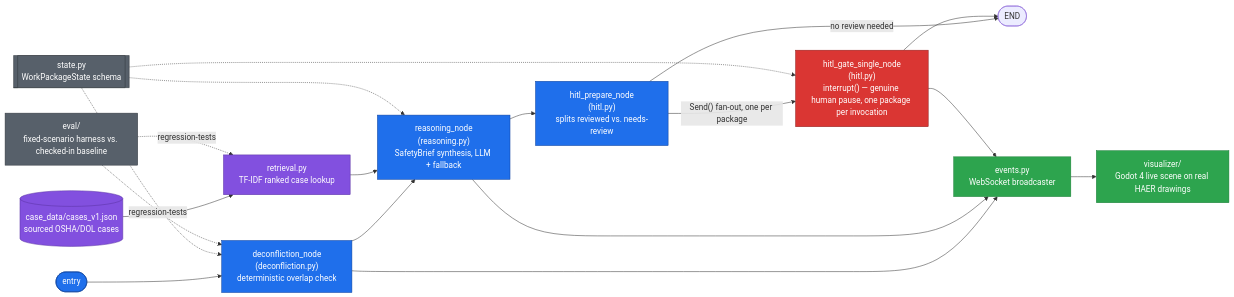
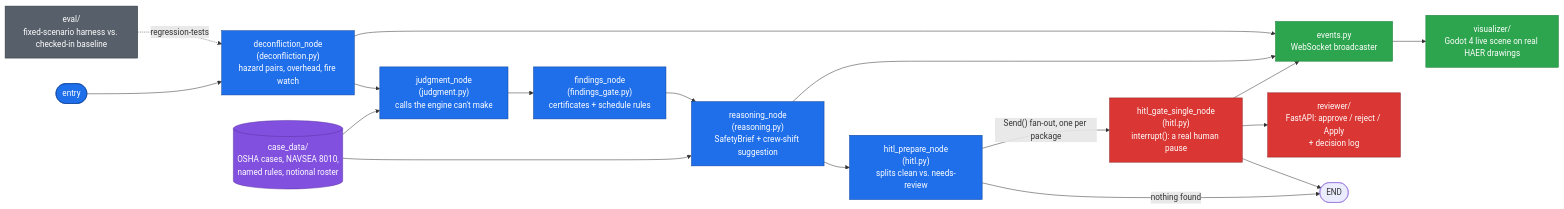
One commit to COSMOAGNOSTIC/Watchstander changed the diagram in README.md. Above: the diagram before and after it, drawn with Mermaid. The commit also changed other lines of this file and 6 other files, not shown here.

First line of the commit message:
Docs sync: README, ARCHITECTURE, MIGRATION, SECURITY, reviewer README match Sessions 1-9

````diff
--- a/README.md
+++ b/README.md
@@ -22,37 +38,36 @@
 ```mermaid
 flowchart LR
     classDef core fill:#1f6feb,stroke:#0d419d,color:#fff,stroke-width:1px
     classDef gate fill:#da3633,stroke:#8e1c1a,color:#fff,stroke-width:1px
     classDef data fill:#8250df,stroke:#5a32a3,color:#fff,stroke-width:1px
     classDef live fill:#2da44e,stroke:#1a7f37,color:#fff,stroke-width:1px
     classDef schema fill:#57606a,stroke:#32383f,color:#fff,stroke-width:1px
 
-    Entry(["entry"]) --> Deconf["deconfliction_node<br/>(deconfliction.py)<br/>deterministic overlap check"]
-    Deconf --> Reason["reasoning_node<br/>(reasoning.py)<br/>SafetyBrief synthesis, LLM + fallback"]
-    Reason --> HitlPrep["hitl_prepare_node<br/>(hitl.py)<br/>splits reviewed vs. needs-review"]
-    HitlPrep -->|"no review needed"| End(["END"])
-    HitlPrep -->|"Send() fan-out, one per package"| Hitl["hitl_gate_single_node<br/>(hitl.py)<br/>interrupt() — genuine human pause, one package per invocation"]
+    Entry(["entry"]) --> Deconf["deconfliction_node<br/>(deconfliction.py)<br/>hazard pairs, overhead, fire watch"]
+    Deconf --> Judg["judgment_node<br/>(judgment.py)<br/>calls the engine can't make"]
+    Judg --> Find["findings_node<br/>(findings_gate.py)<br/>certificates + schedule rules"]
+    Find --> Reason["reasoning_node<br/>(reasoning.py)<br/>SafetyBrief + crew-shift suggestion"]
+    Reason --> HitlPrep["hitl_prepare_node<br/>(hitl.py)<br/>splits clean vs. needs-review"]
+    HitlPrep -->|"nothing found"| End(["END"])
+    HitlPrep -->|"Send() fan-out, one per package"| Hitl["hitl_gate_single_node<br/>(hitl.py)<br/>interrupt(): a real human pause"]
     Hitl --> End
 
-    class Entry,Deconf,Reason,HitlPrep core
+    class Entry,Deconf,Judg,Find,Reason,HitlPrep core
     class Hitl gate
 
-    CaseData[("case_data/cases_v1.json<br/>sourced OSHA/DOL cases")] --> Retrieval["retrieval.py<br/>TF-IDF ranked case lookup"]
-    Retrieval --> Reason
-    class CaseData,Retrieval data
+    CaseData[("case_data/<br/>OSHA cases, NAVSEA 8010,<br/>named rules, notional roster")] --> Reason
+    CaseData --> Judg
+    class CaseData data
 
-    State[["state.py<br/>WorkPackageState schema"]] -.-> Deconf
-    State -.-> Reason
-    State -.-> Hitl
-    class State schema
+    Hitl --> Reviewer["reviewer/<br/>FastAPI: approve / reject / Apply<br/>+ decision log"]
+    class Reviewer gate
 
     Deconf --> Events["events.py<br/>WebSocket broadcaster"]
     Reason --> Events
     Hitl --> Events
     Events --> Viz["visualizer/<br/>Godot 4 live scene on real HAER drawings"]
     class Events,Viz live
 
     Eval["eval/<br/>fixed-scenario harness vs. checked-in baseline"] -.->|"regression-tests"| Deconf
-    Eval -.->|"regression-tests"| Retrieval
     class Eval schema
 ```
````
